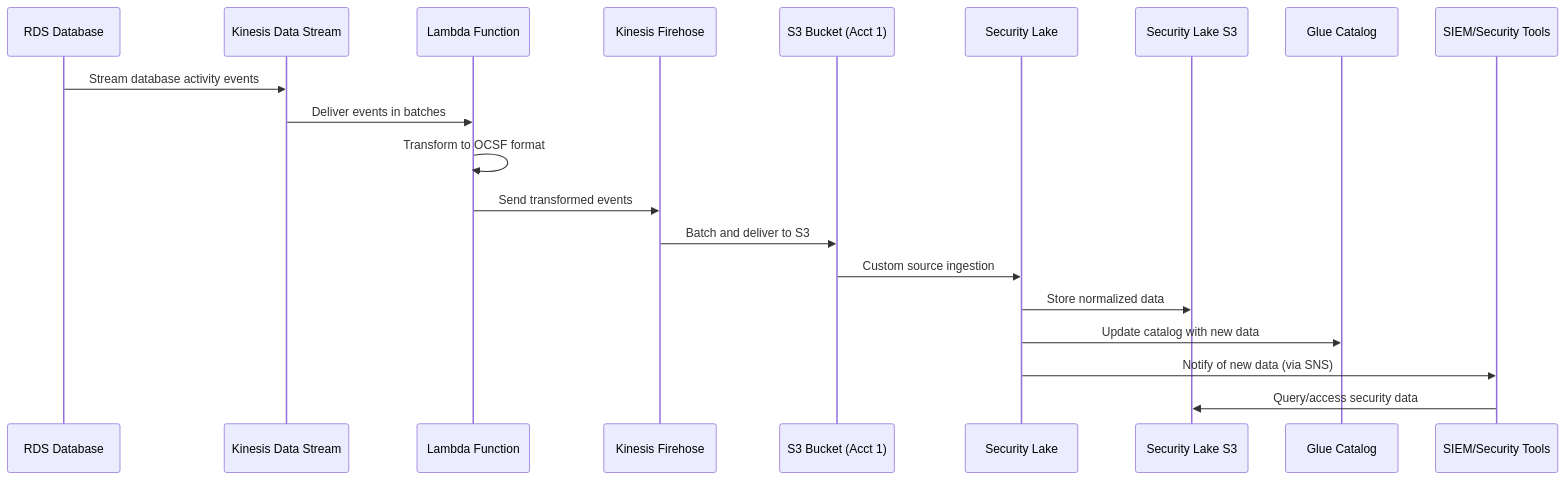
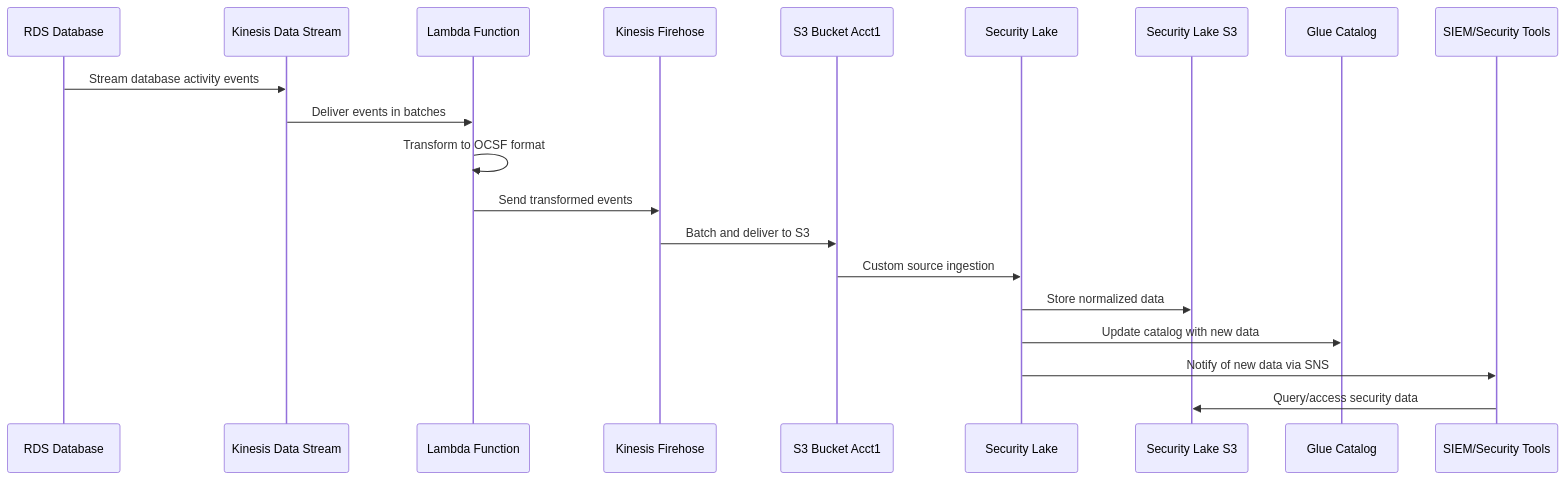
The fourth of 4 diagrams in README.md (hugger-beep/slake), drawn with Mermaid before and after one commit. The commit also changed other lines of this file, not shown here.

````diff
--- a/README.md
+++ b/README.md
@@ -262,23 +262,23 @@
 ```mermaid
 sequenceDiagram
     participant RDS as RDS Database
     participant KDS as Kinesis Data Stream
     participant Lambda as Lambda Function
     participant Firehose as Kinesis Firehose
-    participant S3 as S3 Bucket (Acct 1)
+    participant S3 as S3 Bucket Acct1
     participant SecLake as Security Lake
     participant SLS3 as Security Lake S3
     participant Glue as Glue Catalog
     participant SIEM as SIEM/Security Tools
     
     RDS->>KDS: Stream database activity events
     KDS->>Lambda: Deliver events in batches
     Lambda->>Lambda: Transform to OCSF format
     Lambda->>Firehose: Send transformed events
     Firehose->>S3: Batch and deliver to S3
     S3->>SecLake: Custom source ingestion
     SecLake->>SLS3: Store normalized data
     SecLake->>Glue: Update catalog with new data
-    SecLake->>SIEM: Notify of new data (via SNS)
+    SecLake->>SIEM: Notify of new data via SNS
     SIEM->>SLS3: Query/access security data
 ```
````
